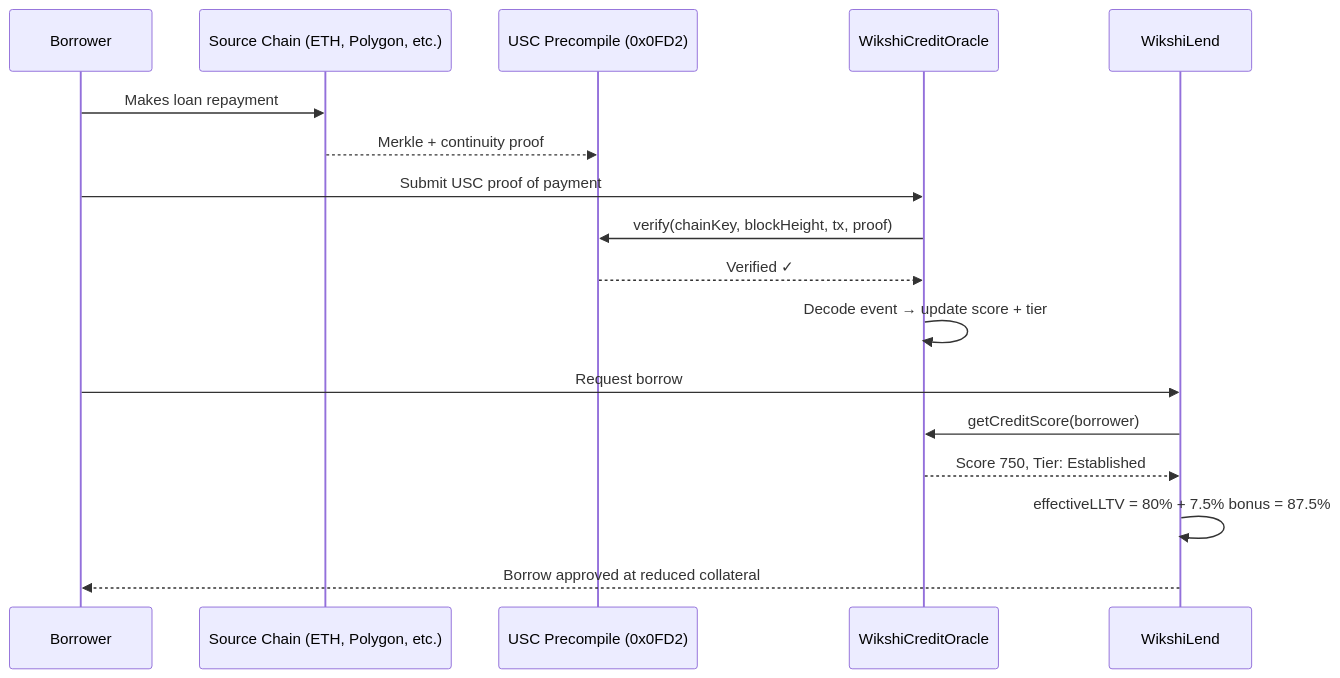
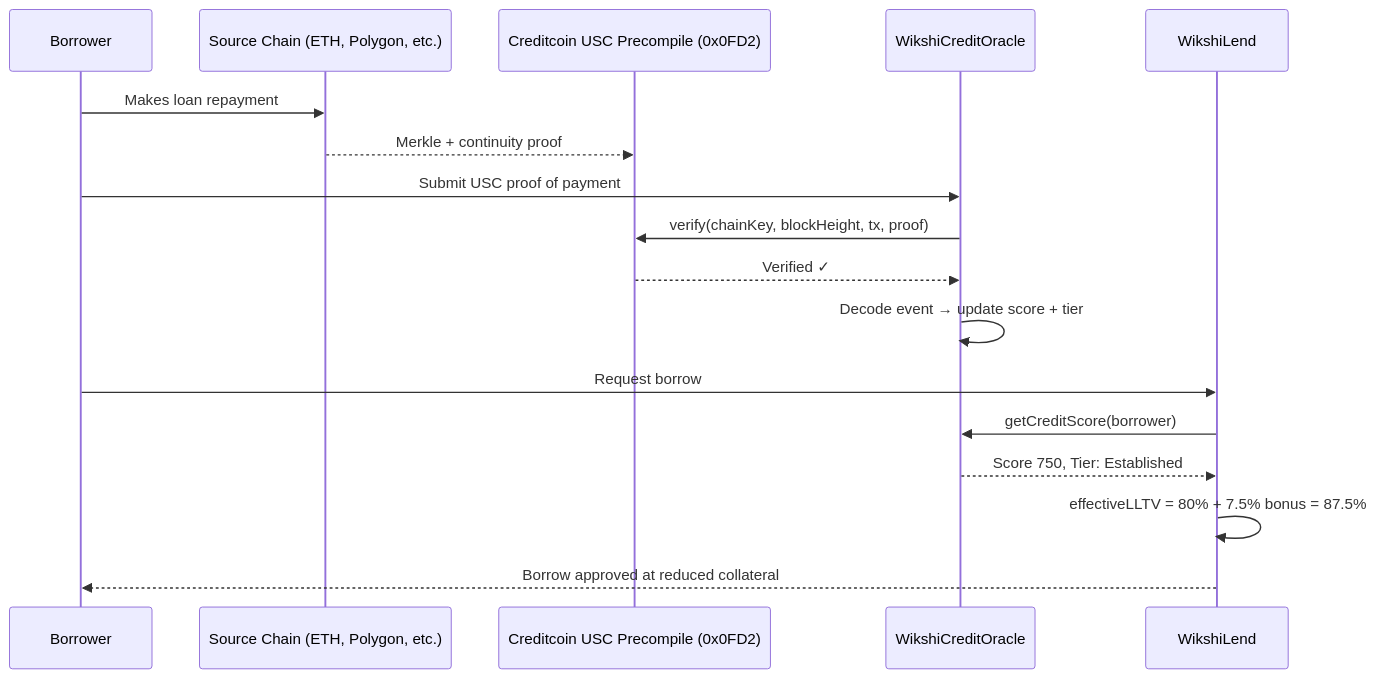
One commit to Miny-Labs/wikshi changed the first of 4 diagrams in README.md. Above: the diagram before and after it, drawn with Mermaid. The commit also changed other lines of this file, not shown here.

Commit message:
README: full Creditcoin integration depth across all sections

````diff
--- a/README.md
+++ b/README.md
@@ -29,20 +31,20 @@
 ```mermaid
 sequenceDiagram
     participant B as Borrower
     participant SC as Source Chain (ETH, Polygon, etc.)
-    participant USC as USC Precompile (0x0FD2)
+    participant USC as Creditcoin USC Precompile (0x0FD2)
     participant CO as WikshiCreditOracle
     participant WL as WikshiLend
 
     B->>SC: Makes loan repayment
     SC-->>USC: Merkle + continuity proof
     B->>CO: Submit USC proof of payment
     CO->>USC: verify(chainKey, blockHeight, tx, proof)
     USC-->>CO: Verified ✓
     CO->>CO: Decode event → update score + tier
     B->>WL: Request borrow
     WL->>CO: getCreditScore(borrower)
     CO-->>WL: Score 750, Tier: Established
     WL->>WL: effectiveLLTV = 80% + 7.5% bonus = 87.5%
     WL-->>B: Borrow approved at reduced collateral
 ```
````
